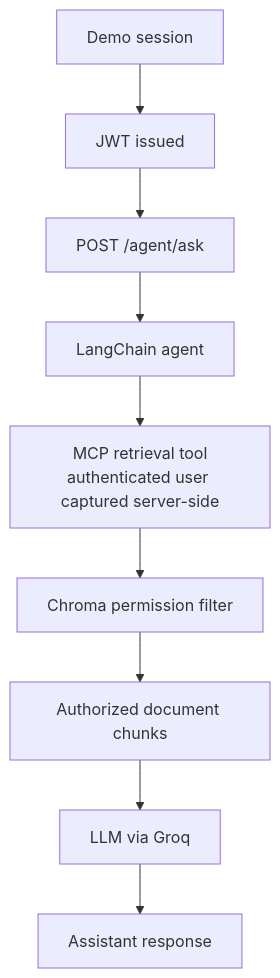
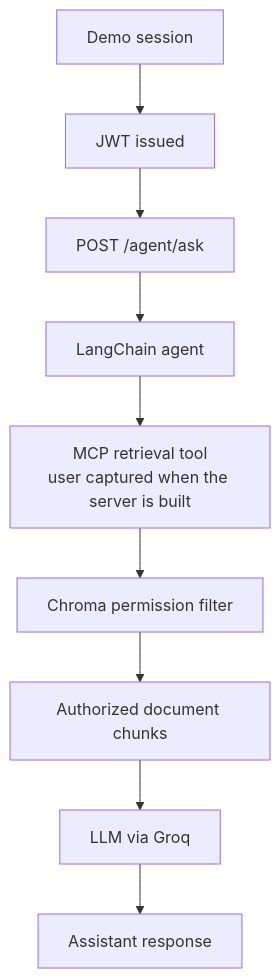
Before and after one commit to tiagoberdel/permission-aware-ai-assistant: the diagram in README.md, drawn with Mermaid. The commit also changed other lines of this file, not shown here.

````diff
--- a/README.md
+++ b/README.md
@@ -21,11 +19,11 @@
 ```mermaid
 flowchart TD
     A[Demo session] --> B[JWT issued]
     B --> C["POST /agent/ask"]
     C --> D[LangChain agent]
-    D --> E["MCP retrieval tool<br/>authenticated user captured server-side"]
+    D --> E["MCP retrieval tool<br/>user captured when the server is built"]
     E --> F[Chroma permission filter]
     F --> G[Authorized document chunks]
     G --> H[LLM via Groq]
     H --> I[Assistant response]
 ```
````
